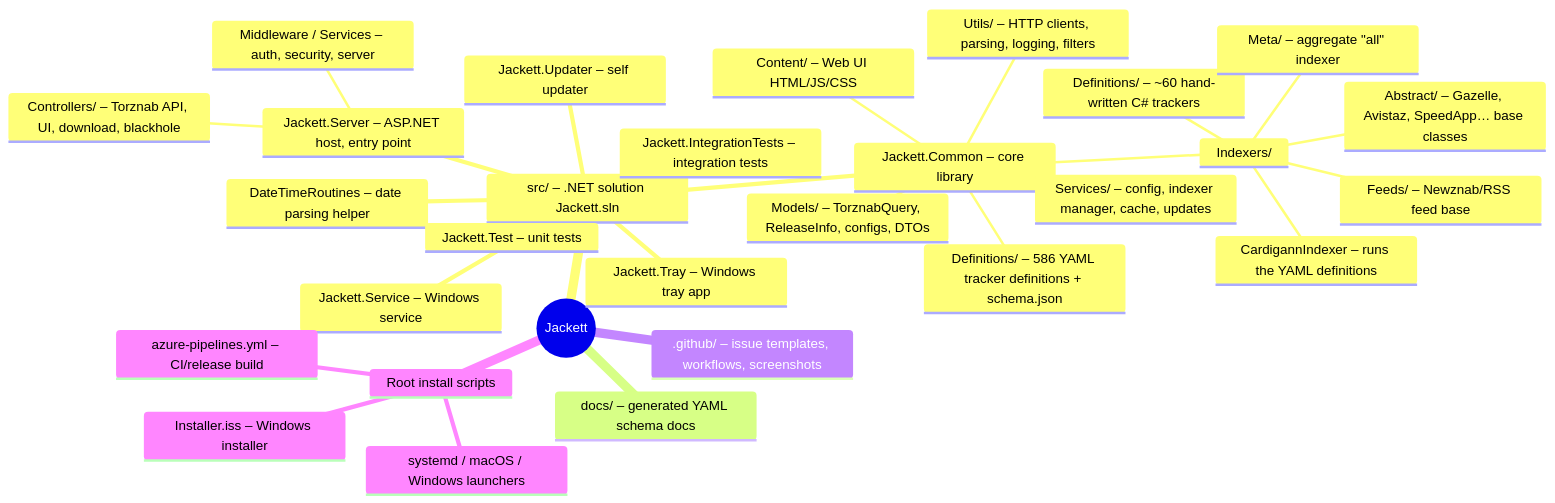
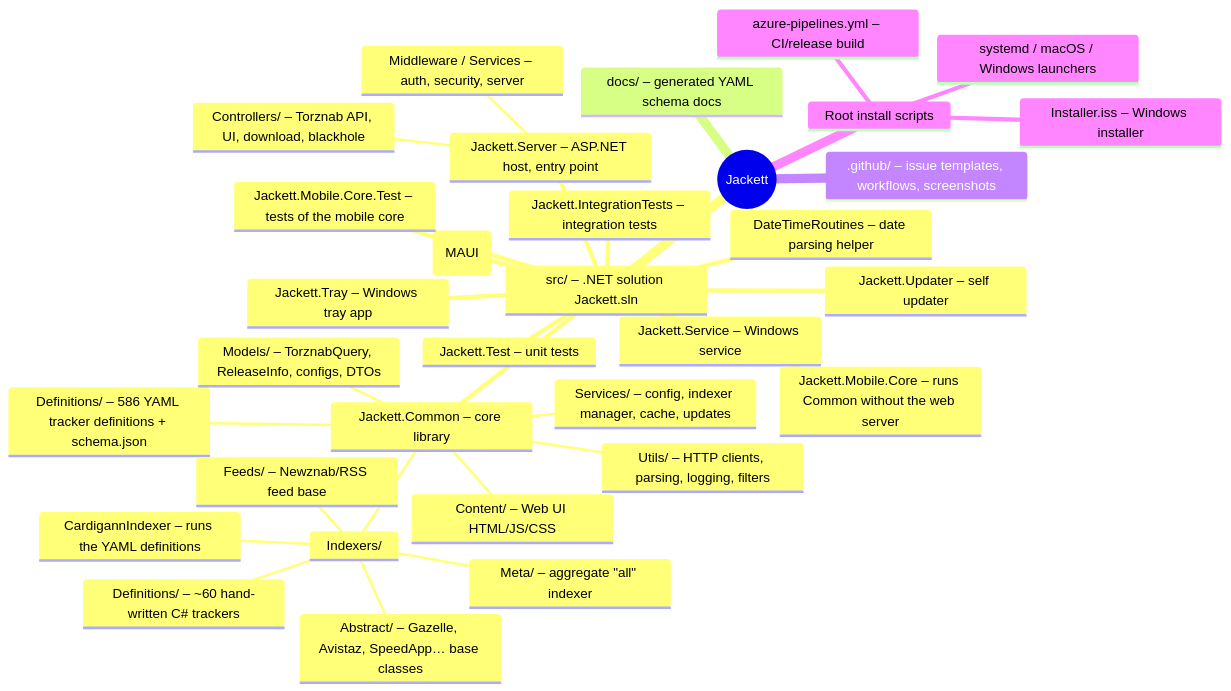
Before and after one commit to mlt-5/Jackett: the first of 2 diagrams in MINDMAP.md, drawn with Mermaid. The commit also changed other lines of this file and 25 other files, not shown here.

First line of the commit message:
Add Jackett.Mobile: standalone iOS app (MAUI)

````diff
--- a/MINDMAP.md
+++ b/MINDMAP.md
@@ -7,32 +7,35 @@
 ```mermaid
 mindmap
   root((Jackett))
     src/ – .NET solution Jackett.sln
       Jackett.Common – core library
         Definitions/ – 586 YAML tracker definitions + schema.json
         Indexers/
           CardigannIndexer – runs the YAML definitions
           Definitions/ – ~60 hand-written C# trackers
           Abstract/ – Gazelle, Avistaz, SpeedApp… base classes
           Feeds/ – Newznab/RSS feed base
           Meta/ – aggregate "all" indexer
         Services/ – config, indexer manager, cache, updates
         Models/ – TorznabQuery, ReleaseInfo, configs, DTOs
         Utils/ – HTTP clients, parsing, logging, filters
         Content/ – Web UI HTML/JS/CSS
       Jackett.Server – ASP.NET host, entry point
         Controllers/ – Torznab API, UI, download, blackhole
         Middleware / Services – auth, security, server
       DateTimeRoutines – date parsing helper
       Jackett.Tray – Windows tray app
       Jackett.Service – Windows service
       Jackett.Updater – self updater
       Jackett.Test – unit tests
       Jackett.IntegrationTests – integration tests
+      Jackett.Mobile – iOS app (MAUI)
+      Jackett.Mobile.Core – runs Common without the web server
+      Jackett.Mobile.Core.Test – tests of the mobile core
     docs/ – generated YAML schema docs
     .github/ – issue templates, workflows, screenshots
     Root install scripts
       systemd / macOS / Windows launchers
       Installer.iss – Windows installer
       azure-pipelines.yml – CI/release build
 ```
````
